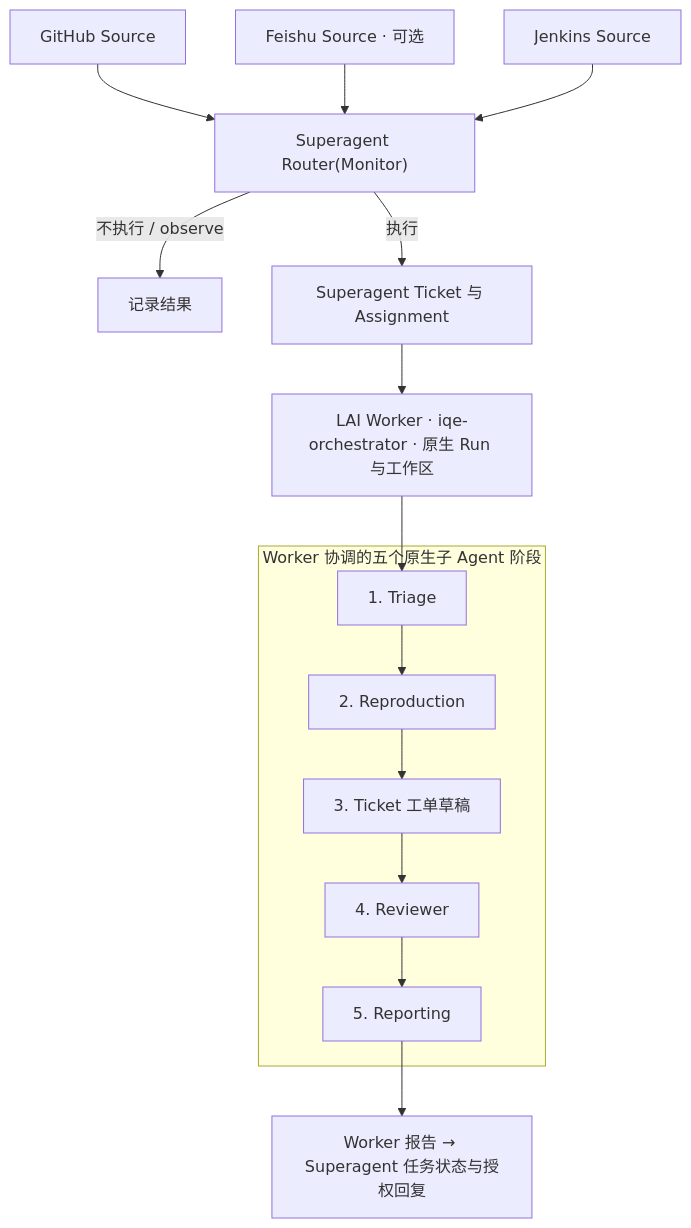
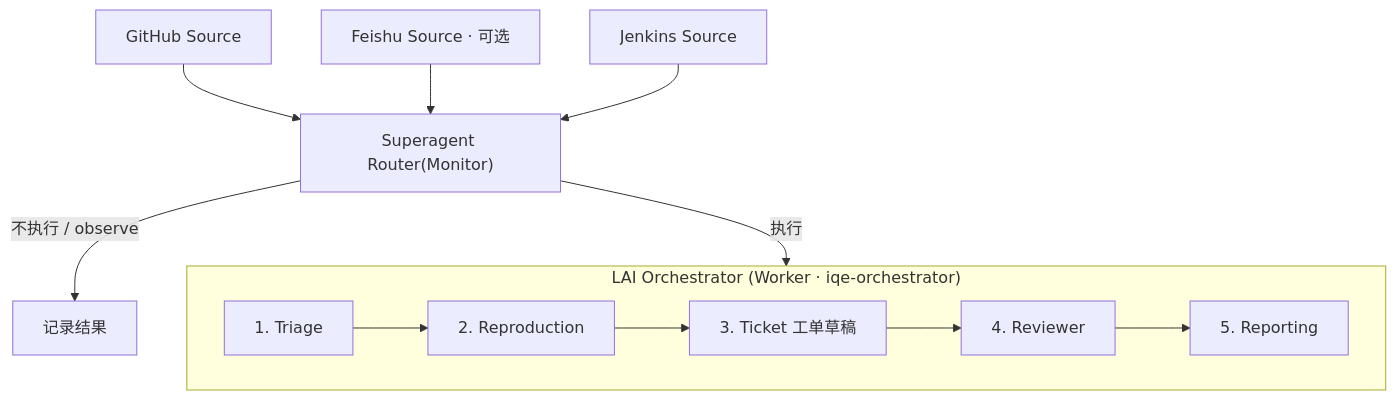
The diagram in README.zh-CN.md (devsuperjin/LAI-Trial), drawn with Mermaid before and after one commit. The commit also changed other lines of this file and 3 other files, not shown here.

````diff
--- a/README.zh-CN.md
+++ b/README.zh-CN.md
@@ -20,20 +20,17 @@
 ```mermaid
 flowchart TD
     GH["GitHub Source"]
     FS["Feishu Source · 可选"]
     JK["Jenkins Source"]
     GH --> Router["Superagent Router(Monitor)"]
     FS --> Router
     JK --> Router
     Router -->|不执行 / observe| Record["记录结果"]
-    Router -->|执行| Task["Superagent Ticket 与 Assignment"]
-    Task --> Worker["LAI Worker · iqe-orchestrator · 原生 Run 与工作区"]
-    subgraph Pipeline["Worker 协调的五个原生子 Agent 阶段"]
+    Router -->|执行| Orchestrator
+    subgraph Orchestrator["LAI Orchestrator (Worker · iqe-orchestrator)"]
         Triage["1. Triage"] --> Reproduce["2. Reproduction"]
         Reproduce --> Ticket["3. Ticket 工单草稿"]
         Ticket --> Review["4. Reviewer"]
         Review --> Reporter["5. Reporting"]
     end
-    Worker --> Triage
-    Reporter --> Result["Worker 报告 → Superagent 任务状态与授权回复"]
 ```
````
